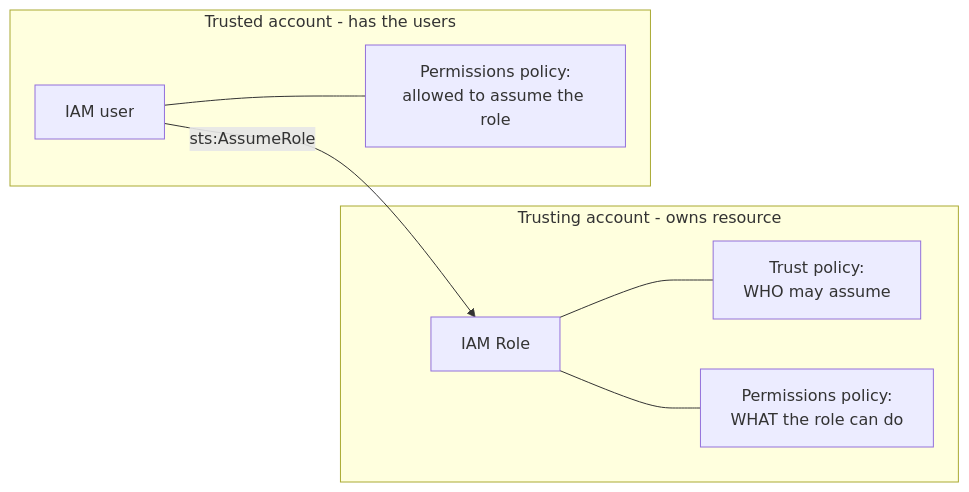
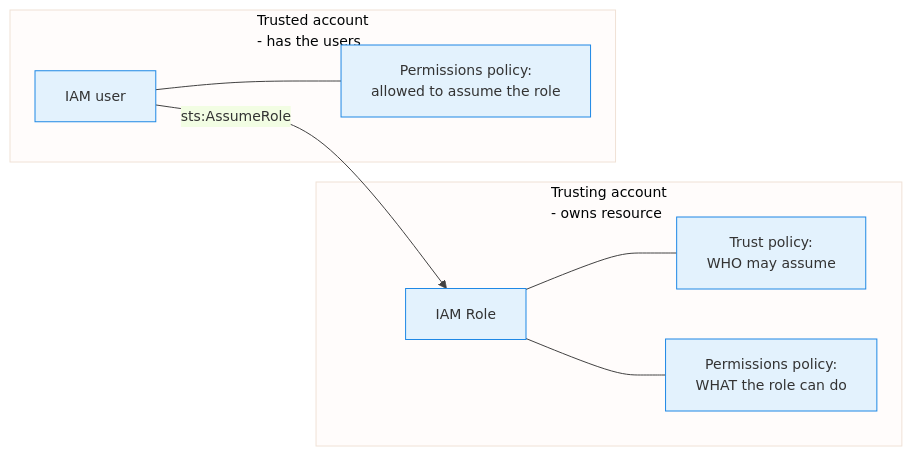
One commit to senthilkumarm1901/learn_by_blogging changed the tenth of 18 diagrams in aws_cloud_technical_essentials_book/13-multi-account-strategies.qmd. Above: the diagram before and after it, drawn with Mermaid. The commit also changed other lines of this file and 3 other files, not shown here.

Commit message:
updated diagrams, business cases used

````diff
--- a/aws_cloud_technical_essentials_book/13-multi-account-strategies.qmd
+++ b/aws_cloud_technical_essentials_book/13-multi-account-strategies.qmd
@@ -228,16 +262,17 @@
 ```{mermaid}
+%%{init: {'theme': 'base', 'themeVariables': {'primaryColor': '#E3F2FD', 'primaryBorderColor': '#1E88E5', 'lineColor': '#424242', 'fontSize': '14px'}}}%%
 flowchart LR
-    subgraph Trusting["Trusting account - owns resource"]
+    subgraph Trusting["Trusting account<br>- owns resource"]
         RL["IAM Role"]
         TP["Trust policy:<br>WHO may assume"]
         PP["Permissions policy:<br>WHAT the role can do"]
         RL --- TP
         RL --- PP
     end
-    subgraph Trusted["Trusted account - has the users"]
+    subgraph Trusted["Trusted account<br>- has the users"]
         US["IAM user"]
         UP["Permissions policy:<br>allowed to assume the role"]
         US --- UP
     end
     US -->|"sts:AssumeRole"| RL
 ```
````
